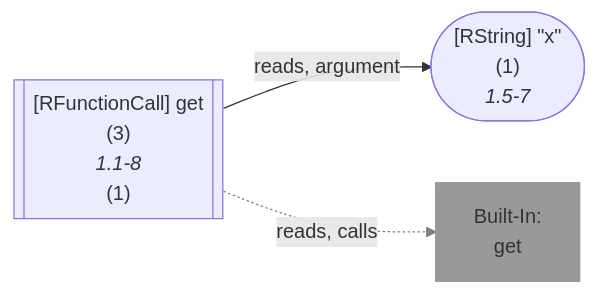
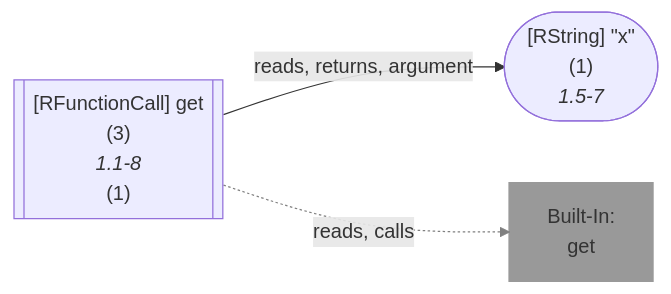
Before and after one commit to flowr-analysis/flowr: the seventh of 54 diagrams in wiki/Dataflow Graph.md, drawn with Mermaid. The commit also changed other lines of this file and 6 other files, not shown here.

Commit message:
[skip ci] doc: update generated wiki pages (wiki/Query API.md,wiki/Normalized AST.md,wiki/Interface.md,wiki/Dataflow Graph.md,wiki/Core.md,README.md,bug-report.yaml)

````diff
--- a/wiki/Dataflow Graph.md
+++ b/wiki/Dataflow Graph.md
@@ -681,16 +681,16 @@
 ```mermaid
 flowchart LR
     1(["`#91;RString#93; #34;x#34;
       (1)
       *1.5-7*`"])
     3[["`#91;RFunctionCall#93; get
       (3)
       *1.1-8*
     (1)`"]]
     built-in:get["`Built-In:
 get`"]
     style built-in:get stroke:gray,fill:gray,stroke-width:2px,opacity:.8;
-    3 -->|"reads, argument"| 1
+    3 -->|"reads, returns, argument"| 1
     3 -.->|"reads, calls"| built-in:get
     linkStyle 1 stroke:gray;
 ```
````
